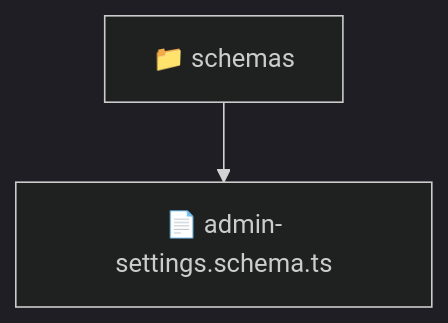
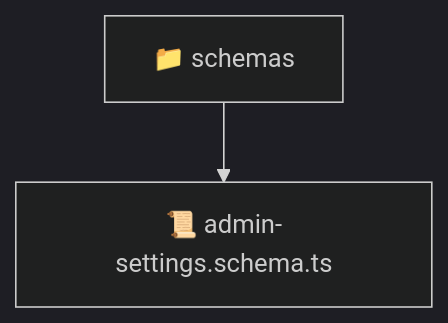
One commit to beginwebdev2002/fullstack-mavluda changed the diagram in backend/src/modules/admin-settings/infrastructure/schemas/README.md. Above: the diagram before and after it, drawn with Mermaid (dark theme). The commit also changed other lines of this file and 163 other files, not shown here.

````diff
--- a/backend/src/modules/admin-settings/infrastructure/schemas/README.md
+++ b/backend/src/modules/admin-settings/infrastructure/schemas/README.md
@@ -9,5 +9,5 @@
 ```mermaid
 graph TD
-  Root["📁 schemas"]
-  Root --> admin_settings_schema_ts["📄 admin-settings.schema.ts"]
+  schemas["📁 schemas"]
+  schemas --> admin_settings_schema_ts["📜 admin-settings.schema.ts"]
 ```
````
